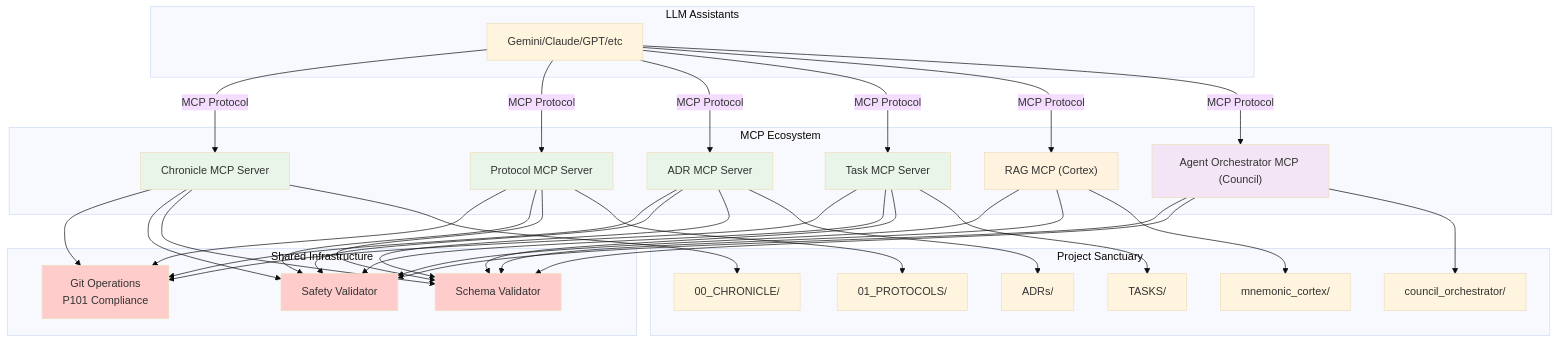
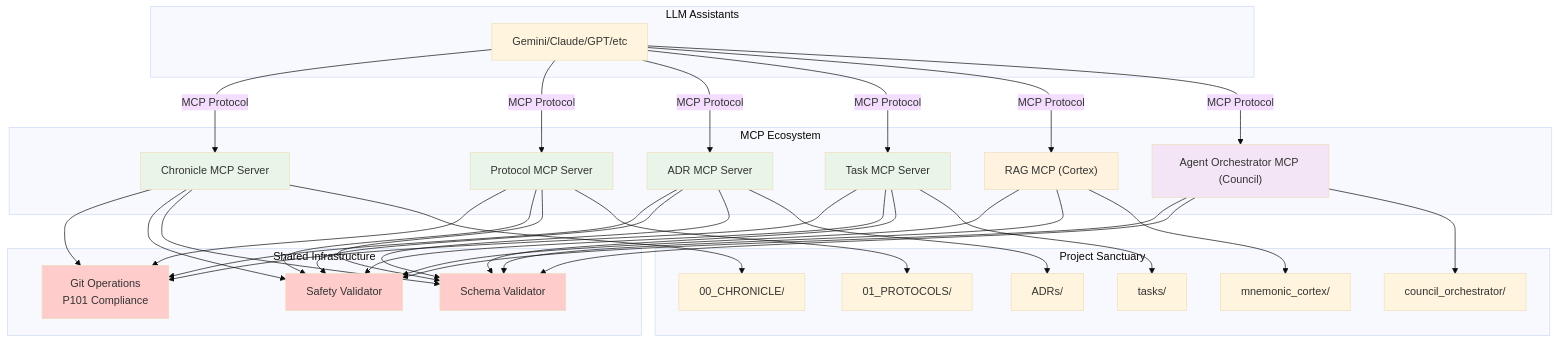
One commit to richfrem/Project_Sanctuary changed the diagram in docs/architecture_diagrams/system/chronicle_ecosystem_context.mmd. Above: the diagram before and after it, drawn with Mermaid. The commit also changed 260 other files, not shown here.

```diff
--- a/docs/architecture_diagrams/system/chronicle_ecosystem_context.mmd
+++ b/docs/architecture_diagrams/system/chronicle_ecosystem_context.mmd
@@ -1,80 +1,80 @@
 ---
 config:
   theme: base
 ---
 %% Name: Chronicle Ecosystem Context
 %% Source: docs/mcp_servers/architecture/mcp_ecosystem_architecture_v3.md
 %% Location: docs/architecture_diagrams/system/chronicle_ecosystem_context.mmd
 %% Description: Living Chronicle entry management context
 
 graph TB
     subgraph "LLM Assistants"
         LLM[Gemini/Claude/GPT/etc]
     end
    
     subgraph "MCP Ecosystem"
         Chronicle[Chronicle MCP Server]
         Protocol[Protocol MCP Server]
         ADR[ADR MCP Server]
         Task[Task MCP Server]
         Cortex["RAG MCP (Cortex)"]
         Council["Agent Orchestrator MCP (Council)"]
     end
    
     subgraph "Shared Infrastructure"
         Git[Git Operations<br/>P101 Compliance]
         Safety[Safety Validator]
         Schema[Schema Validator]
     end
    
     subgraph "Project Sanctuary"
         ChronicleDir[00_CHRONICLE/]
         ProtocolDir[01_PROTOCOLS/]
         ADRDir[ADRs/]
-        TaskDir[TASKS/]
+        TaskDir[tasks/]
         CortexDir[mnemonic_cortex/]
         CouncilDir[council_orchestrator/]
     end
    
     LLM -->|MCP Protocol| Chronicle
     LLM -->|MCP Protocol| Protocol
     LLM -->|MCP Protocol| ADR
     LLM -->|MCP Protocol| Task
     LLM -->|MCP Protocol| Cortex
     LLM -->|MCP Protocol| Council
    
     Chronicle --> Git
     Protocol --> Git
     ADR --> Git
     Task --> Git
    
     Chronicle --> Safety
     Protocol --> Safety
     ADR --> Safety
     Task --> Safety
     Cortex --> Safety
     Council --> Safety
    
     Chronicle --> Schema
     Protocol --> Schema
     ADR --> Schema
     Task --> Schema
     Cortex --> Schema
     Council --> Schema
    
     Chronicle --> ChronicleDir
     Protocol --> ProtocolDir
     ADR --> ADRDir
     Task --> TaskDir
     Cortex --> CortexDir
     Council --> CouncilDir
    
     style Chronicle fill:#e8f5e8
     style Protocol fill:#e8f5e8
     style ADR fill:#e8f5e8
     style Task fill:#e8f5e8
     style Cortex fill:#fff3e0
     style Council fill:#f3e5f5
     style Git fill:#ffcccc
     style Safety fill:#ffcccc
     style Schema fill:#ffcccc
```
